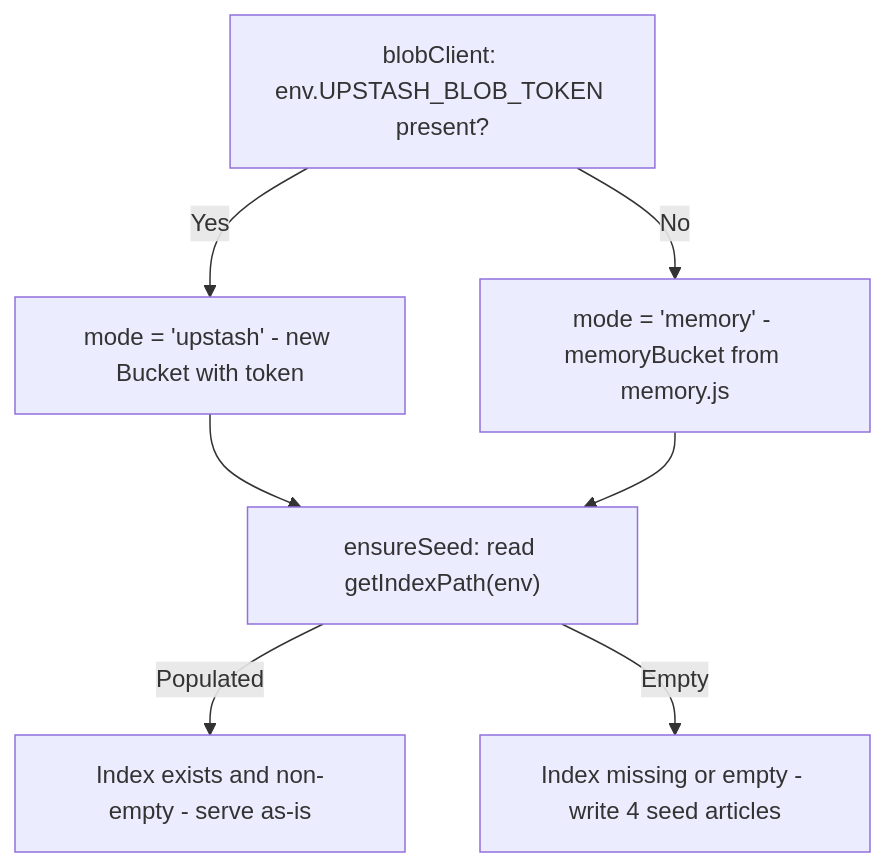
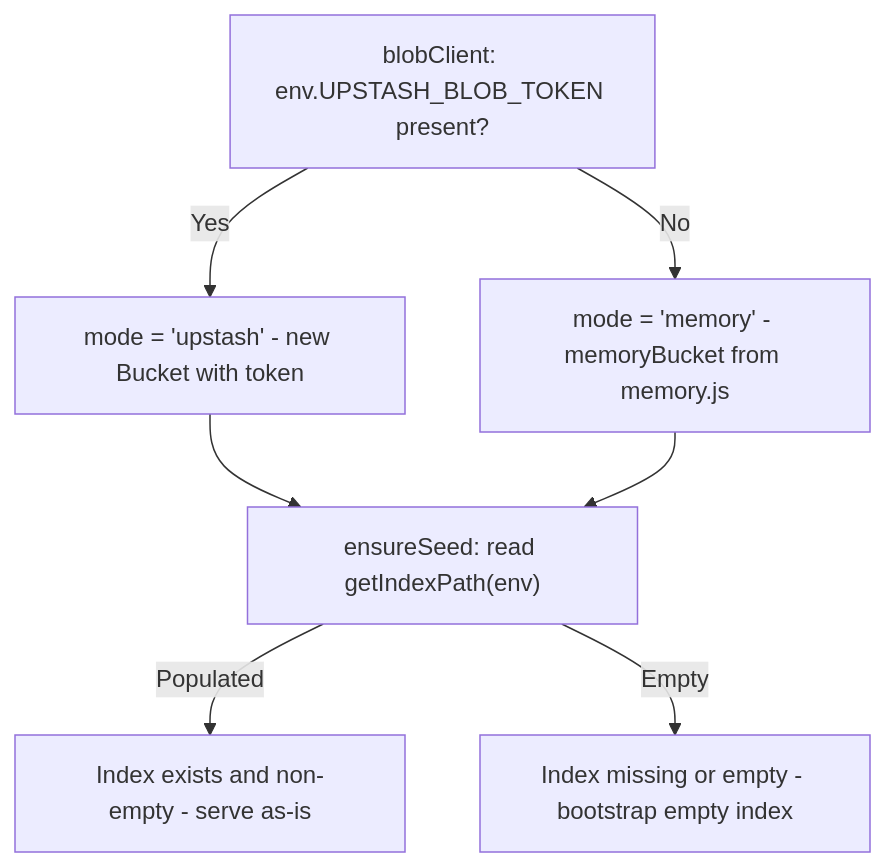
One commit to AmritSDutta/kalidass changed the diagram in docs/worker/storage.mdx. Above: the diagram before and after it, drawn with Mermaid. The commit also changed other lines of this file and 13 other files, not shown here.

````diff
--- a/docs/worker/storage.mdx
+++ b/docs/worker/storage.mdx
@@ -12,15 +12,15 @@
 ```mermaid
 flowchart TD
   EnvCheck["blobClient: env.UPSTASH_BLOB_TOKEN present?"]
   UpstashMode["mode = 'upstash' - new Bucket with token"]
   MemoryMode["mode = 'memory' - memoryBucket from memory.js"]
   SeedCheck["ensureSeed: read getIndexPath(env)"]
   Populated["Index exists and non-empty - serve as-is"]
-  Empty["Index missing or empty - write 4 seed articles"]
+  Empty["Index missing or empty - bootstrap empty index"]
   EnvCheck -->|"Yes"| UpstashMode
   EnvCheck -->|"No"| MemoryMode
   UpstashMode --> SeedCheck
   MemoryMode --> SeedCheck
   SeedCheck -->|"Populated"| Populated
   SeedCheck -->|"Empty"| Empty
 ```
````
